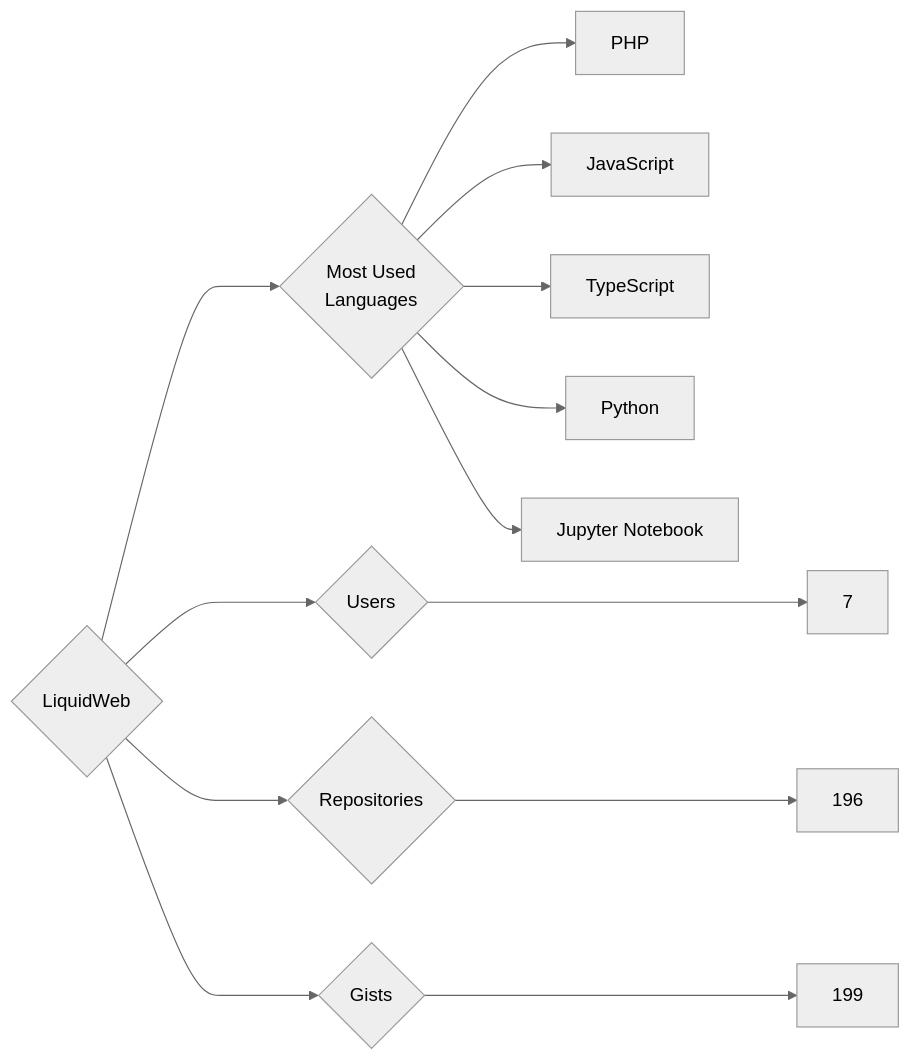
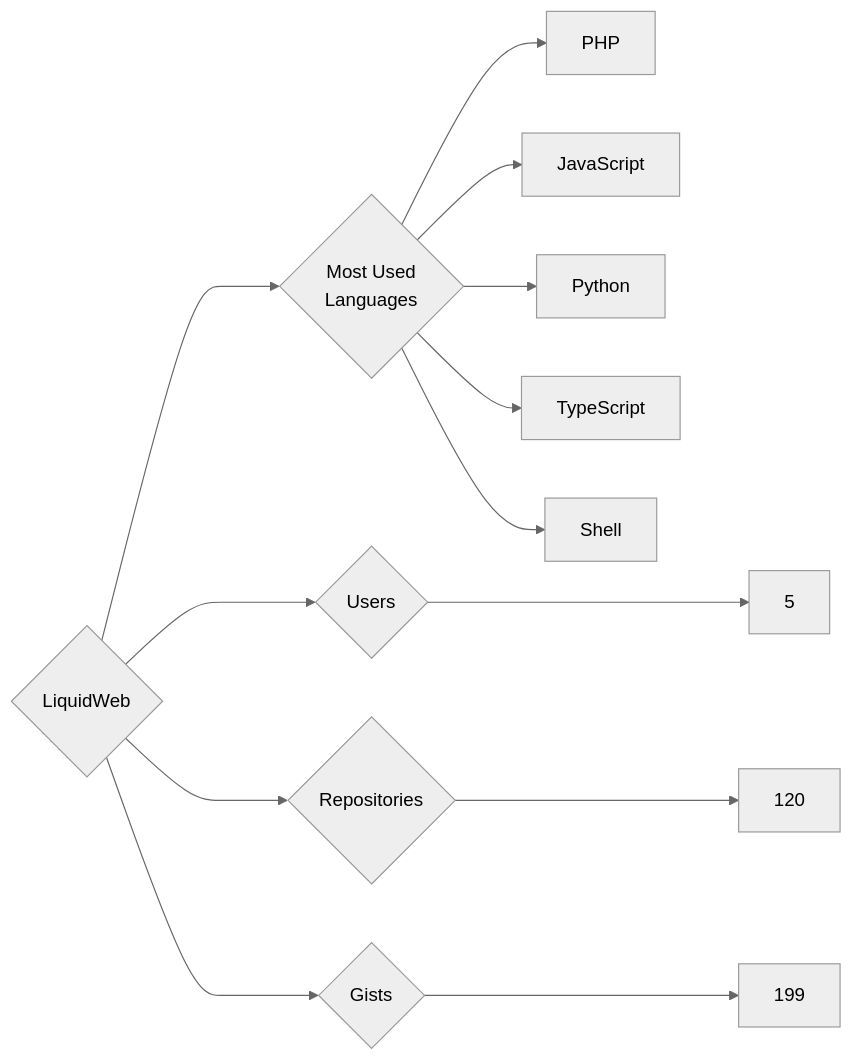
Before and after one commit to trickest/insiders: the diagram in targets/LiquidWeb/README.md, drawn with Mermaid (neutral theme). The commit also changed 861 other files, not shown here.

````diff
--- a/targets/LiquidWeb/README.md
+++ b/targets/LiquidWeb/README.md
@@ -3,13 +3,13 @@
 ```mermaid
 graph LR
 COMPANY_NAME{LiquidWeb}
-COMPANY_NAME ---> U{Users} ---> UN[7]
-COMPANY_NAME ---> R{Repositories} ---> RN[196]
+COMPANY_NAME ---> U{Users} ---> UN[5]
+COMPANY_NAME ---> R{Repositories} ---> RN[120]
 COMPANY_NAME ---> G{Gists} ---> GN[199]
 COMPANY_NAME ---> ML{Most Used<br>Languages}
 ML --> PHP[PHP]
 ML --> JavaScript[JavaScript]
+ML --> Python[Python]
 ML --> TypeScript[TypeScript]
-ML --> Python[Python]
-ML --> Jupyter_Notebook[Jupyter Notebook]
+ML --> Shell[Shell]
 ```
````
